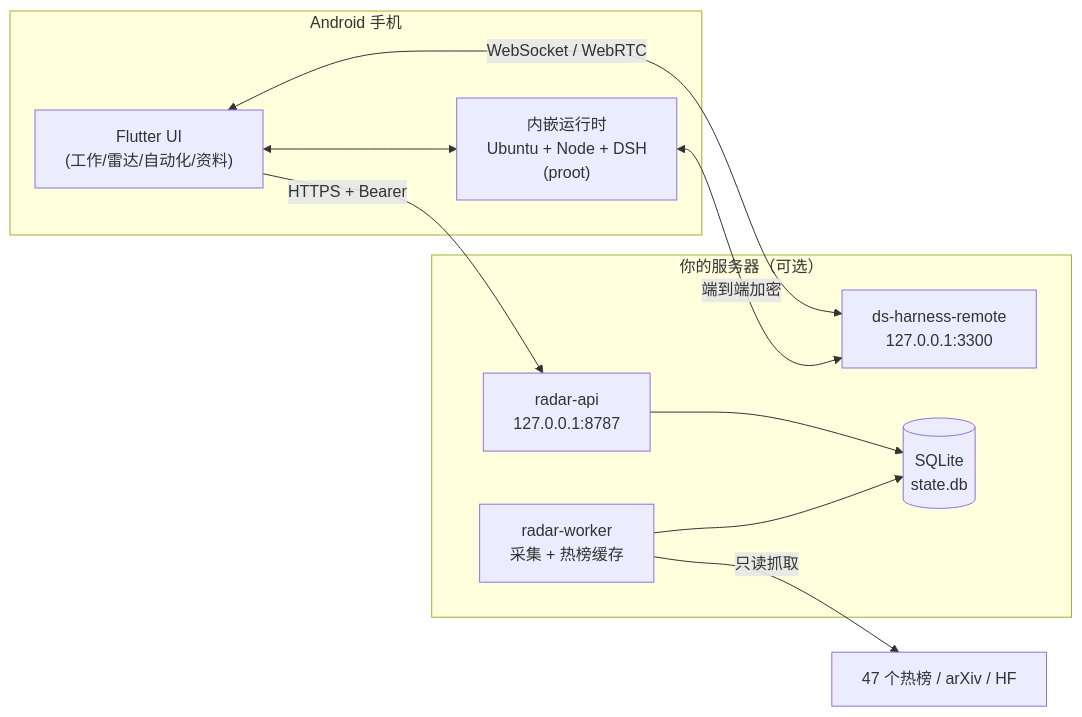
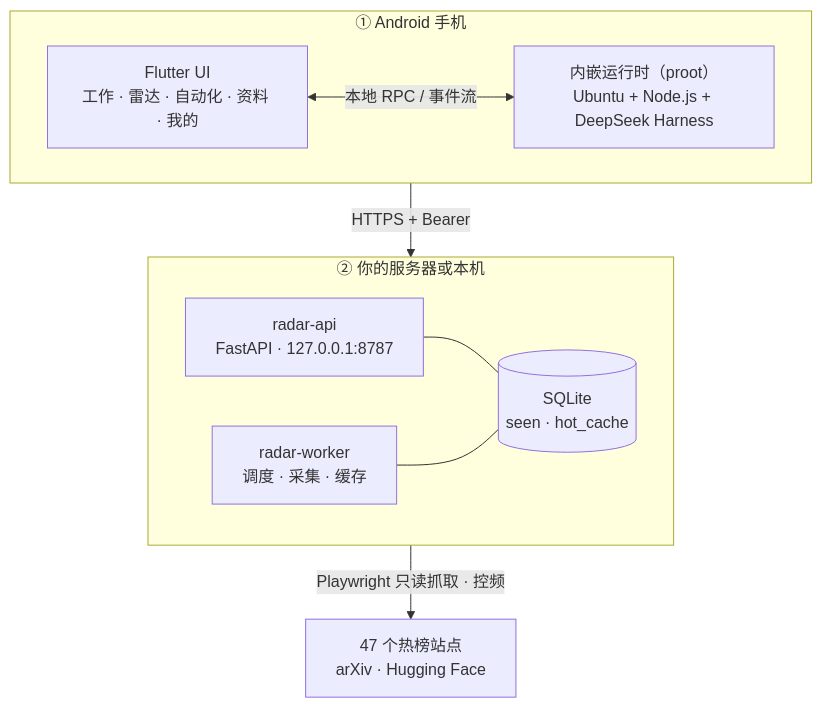
One commit to XXTZ-fia/dsh-buddy changed the first of 3 diagrams in README.md. Above: the diagram before and after it, drawn with Mermaid. The commit also changed other lines of this file and 6 other files, not shown here.

First line of the commit message:
docs: 重写 README，补齐五个主界面截图

````diff
--- a/README.md
+++ b/README.md
@@ -99,22 +129,21 @@
 ```mermaid
-flowchart LR
-  subgraph Phone["Android 手机"]
-    UI["Flutter UI<br/>(工作/雷达/自动化/资料)"]
-    RT["内嵌运行时<br/>Ubuntu + Node + DSH<br/>(proot)"]
-    UI <--> RT
+flowchart TB
+  subgraph phone["① Android 手机"]
+    ui["Flutter UI<br/>工作 · 雷达 · 自动化 · 资料 · 我的"]
+    rt["内嵌运行时（proot）<br/>Ubuntu + Node.js + DeepSeek Harness"]
+    ui <-->|"本地 RPC / 事件流"| rt
   end
 
-  subgraph Server["你的服务器（可选）"]
-    API["radar-api<br/>127.0.0.1:8787"]
-    WORKER["radar-worker<br/>采集 + 热榜缓存"]
-    RELAY["ds-harness-remote<br/>127.0.0.1:3300"]
-    DB[("SQLite<br/>state.db")]
-    API --> DB
-    WORKER --> DB
+  subgraph server["② 你的服务器或本机"]
+    api["radar-api<br/>FastAPI · 127.0.0.1:8787"]
+    worker["radar-worker<br/>调度 · 采集 · 缓存"]
+    db[("SQLite<br/>seen · hot_cache")]
+    api --- db
+    worker --- db
   end
 
-  UI -- "HTTPS + Bearer" --> API
-  WORKER -- "只读抓取" --> SITES["47 个热榜 / arXiv / HF"]
-  UI <-- "WebSocket / WebRTC" --> RELAY
-  RT <-- "端到端加密" --> RELAY
+  sites["47 个热榜站点<br/>arXiv · Hugging Face"]
+
+  phone -->|"HTTPS + Bearer"| server
+  server -->|"Playwright 只读抓取 · 控频"| sites
 ```
````
